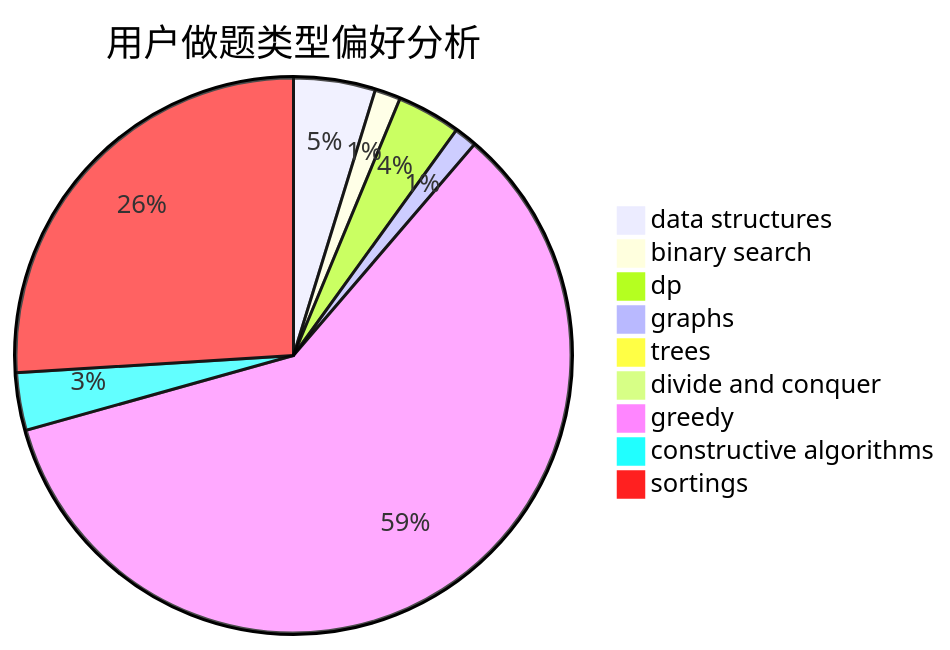
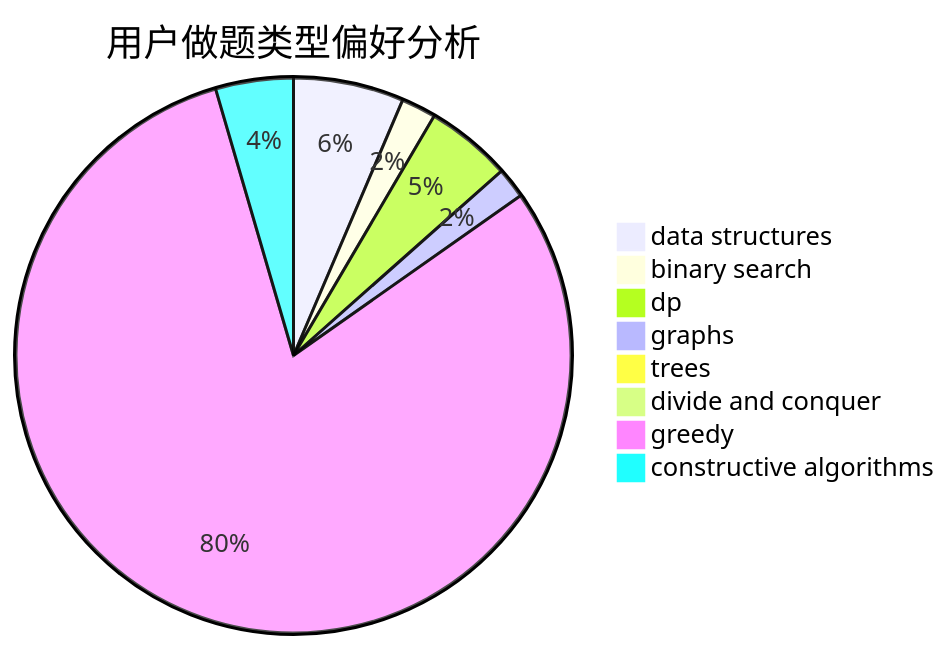
One commit to sherpahu/cfrs.github.io changed the second of 3 diagrams in docs/user/u2470.md. Above: the diagram before and after it, drawn with Mermaid. The commit also changed other lines of this file and 2769 other files, not shown here.

````diff
--- a/docs/user/u2470.md
+++ b/docs/user/u2470.md
@@ -18,12 +18,11 @@
 ```mermaid
 pie title 用户做题类型偏好分析
     "data structures" :  54
     "binary search" :  17
     "dp" :  42
     "graphs" :  15
     "trees" :  5
     "divide and conquer" :  0
     "greedy" :  674
     "constructive algorithms" :  38
-    "sortings" :  295
 ```
````
